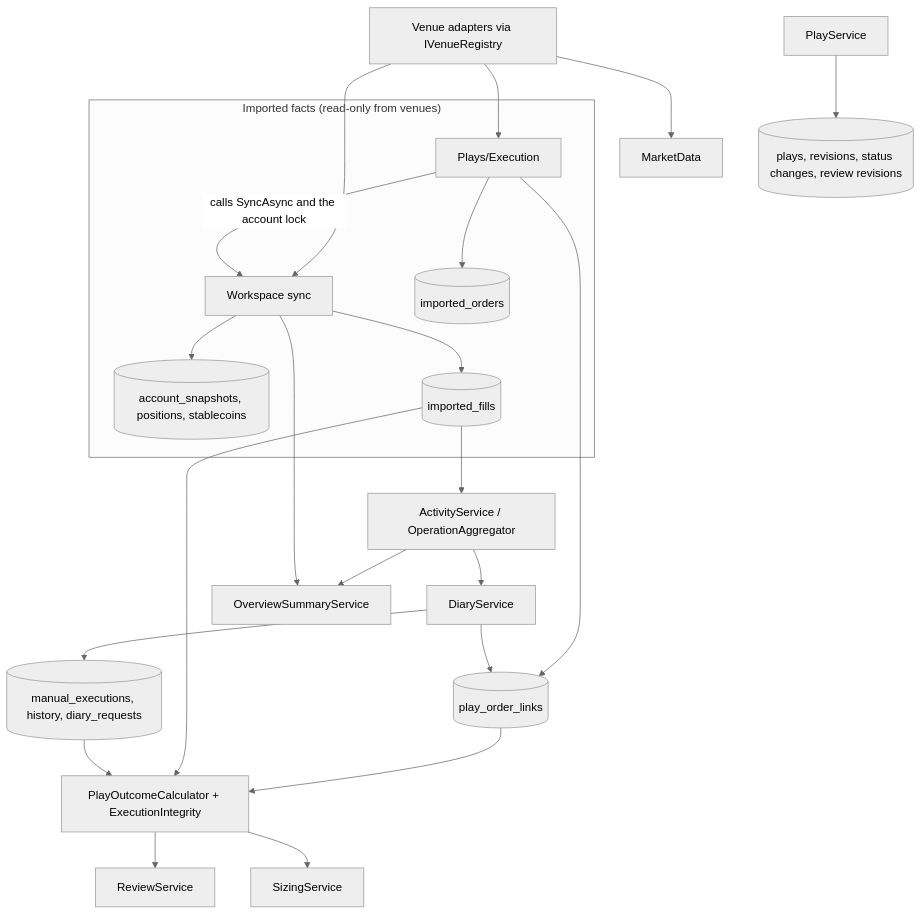
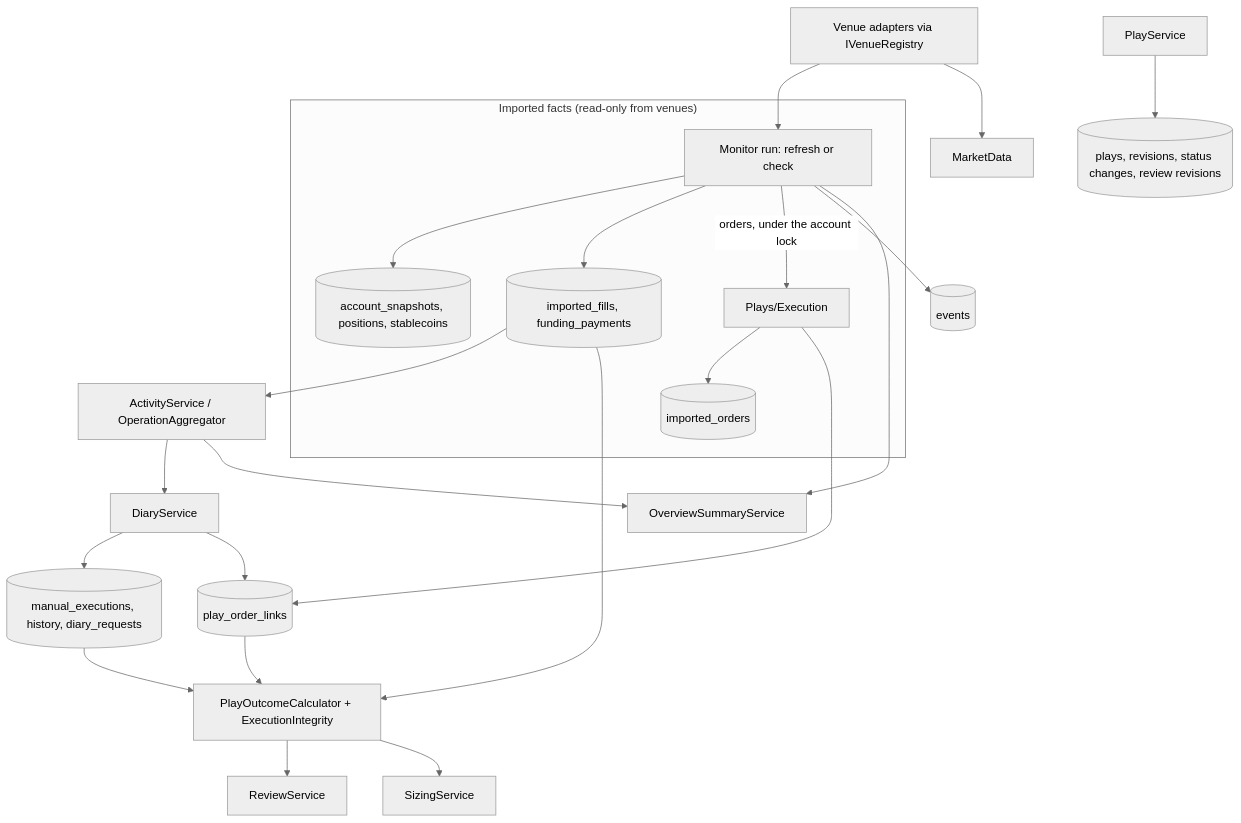
One commit to jcarcaboso/vessel changed the second of 2 diagrams in docs/architecture/backend-guide.md. Above: the diagram before and after it, drawn with Mermaid (neutral theme). The commit also changed other lines of this file and 2 other files, not shown here.

First line of the commit message:
Refresh backend guide and review for the October 16-17 improvement pass

````diff
--- a/docs/architecture/backend-guide.md
+++ b/docs/architecture/backend-guide.md
@@ -99,25 +114,25 @@
 ```mermaid
 flowchart TD
     subgraph Facts["Imported facts (read-only from venues)"]
-        Sync[Workspace sync] --> Snap[(account_snapshots, positions, stablecoins)]
-        Sync --> Fills[(imported_fills)]
+        Sync[Monitor run: refresh or check] --> Snap[(account_snapshots, positions, stablecoins)]
+        Sync --> Fills[(imported_fills, funding_payments)]
         Exec[Plays/Execution] --> Orders[(imported_orders)]
     end
     Venues[Venue adapters via IVenueRegistry] --> Sync
-    Venues --> Exec
     Venues --> Market[MarketData]
     Plays[PlayService] --> PlaysT[(plays, revisions, status changes, review revisions)]
     Exec --> Links[(play_order_links)]
-    Exec -->|calls SyncAsync and the account lock| Sync
+    Sync -->|orders, under the account lock| Exec
+    Sync --> Events[(events)]
     Diary[DiaryService] --> Manual[(manual_executions, history, diary_requests)]
     Diary --> Links
     Fills --> Activity[ActivityService / OperationAggregator]
     Activity --> Diary
     Activity --> Overview[OverviewSummaryService]
     Sync --> Overview
     Links --> Outcome[PlayOutcomeCalculator + ExecutionIntegrity]
     Fills --> Outcome
     Manual --> Outcome
     Outcome --> Review[ReviewService]
     Outcome --> Sizing[SizingService]
 ```
````
